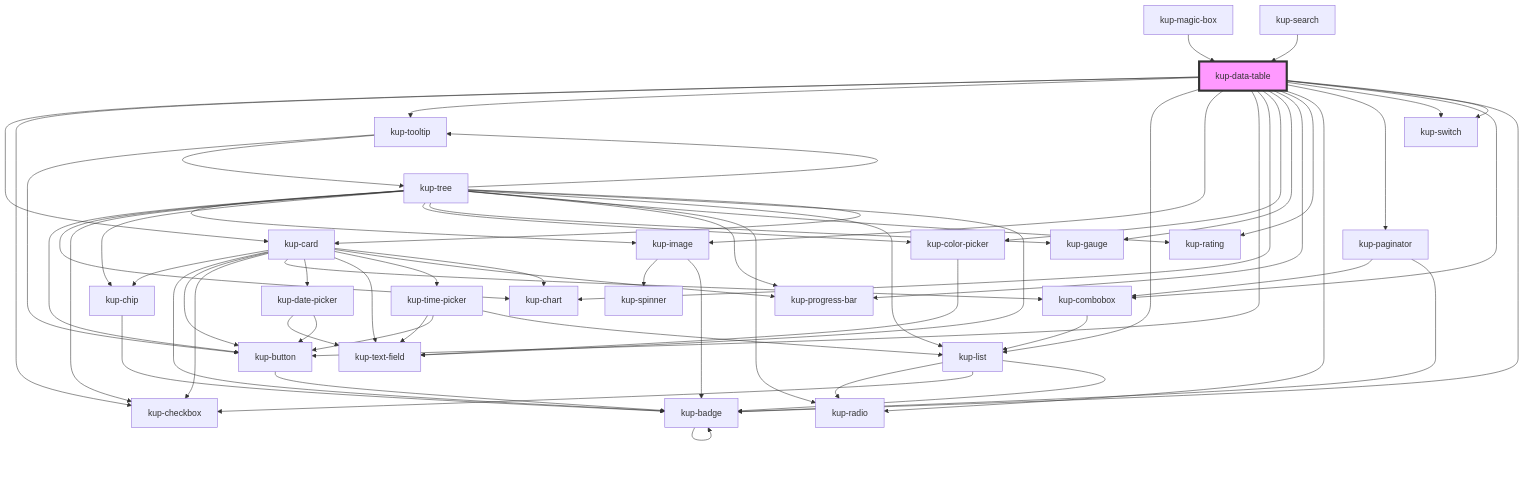
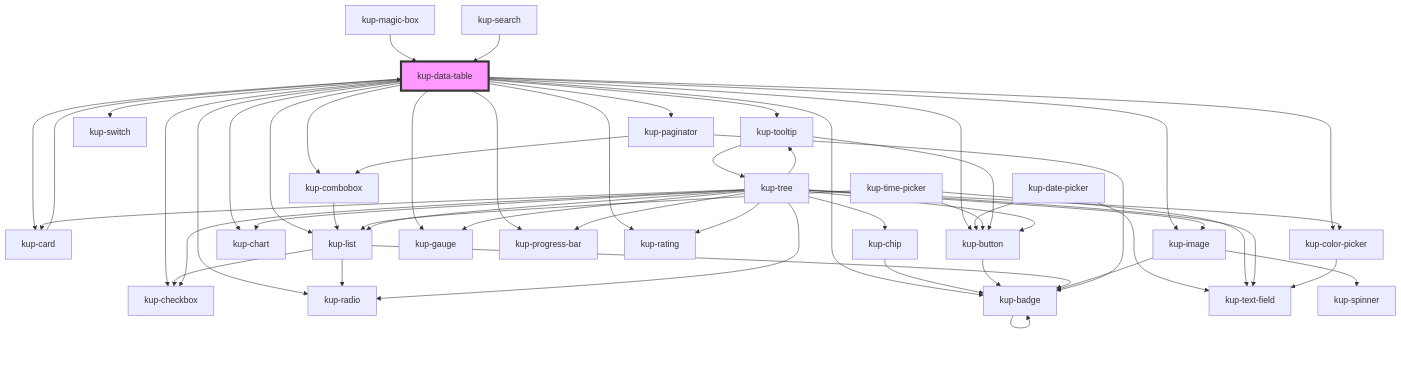
Before and after one commit to smeup/ketchup: the diagram in packages/ketchup/src/components/kup-data-table/readme.md, drawn with Mermaid. The commit also changed other lines of this file and 11 other files, not shown here.

````diff
--- a/packages/ketchup/src/components/kup-data-table/readme.md
+++ b/packages/ketchup/src/components/kup-data-table/readme.md
@@ -226,66 +226,56 @@
 ```mermaid
 graph TD;
   kup-data-table --> kup-card
   kup-data-table --> kup-checkbox
   kup-data-table --> kup-tooltip
   kup-data-table --> kup-list
   kup-data-table --> kup-image
   kup-data-table --> kup-button
   kup-data-table --> kup-chart
   kup-data-table --> kup-color-picker
   kup-data-table --> kup-gauge
   kup-data-table --> kup-progress-bar
   kup-data-table --> kup-rating
   kup-data-table --> kup-radio
   kup-data-table --> kup-paginator
   kup-data-table --> kup-switch
   kup-data-table --> kup-combobox
-  kup-data-table --> kup-switch
   kup-data-table --> kup-badge
-  kup-card --> kup-chip
-  kup-card --> kup-badge
-  kup-card --> kup-button
-  kup-card --> kup-checkbox
-  kup-card --> kup-combobox
-  kup-card --> kup-date-picker
-  kup-card --> kup-text-field
-  kup-card --> kup-time-picker
-  kup-card --> kup-progress-bar
-  kup-card --> kup-chart
+  kup-card --> kup-data-table
   kup-chip --> kup-badge
   kup-badge --> kup-badge
   kup-button --> kup-badge
   kup-combobox --> kup-list
   kup-list --> kup-radio
   kup-list --> kup-checkbox
   kup-list --> kup-badge
   kup-date-picker --> kup-text-field
   kup-date-picker --> kup-button
   kup-time-picker --> kup-text-field
   kup-time-picker --> kup-button
   kup-time-picker --> kup-list
   kup-tooltip --> kup-button
   kup-tooltip --> kup-tree
   kup-tree --> kup-image
   kup-tree --> kup-button
   kup-tree --> kup-chart
   kup-tree --> kup-checkbox
   kup-tree --> kup-chip
   kup-tree --> kup-color-picker
   kup-tree --> kup-gauge
   kup-tree --> kup-progress-bar
   kup-tree --> kup-rating
   kup-tree --> kup-radio
   kup-tree --> kup-tooltip
   kup-tree --> kup-list
   kup-tree --> kup-text-field
   kup-tree --> kup-card
   kup-image --> kup-spinner
   kup-image --> kup-badge
   kup-color-picker --> kup-text-field
   kup-paginator --> kup-combobox
   kup-paginator --> kup-badge
   kup-magic-box --> kup-data-table
   kup-search --> kup-data-table
   style kup-data-table fill:#f9f,stroke:#333,stroke-width:4px
 ```
````
